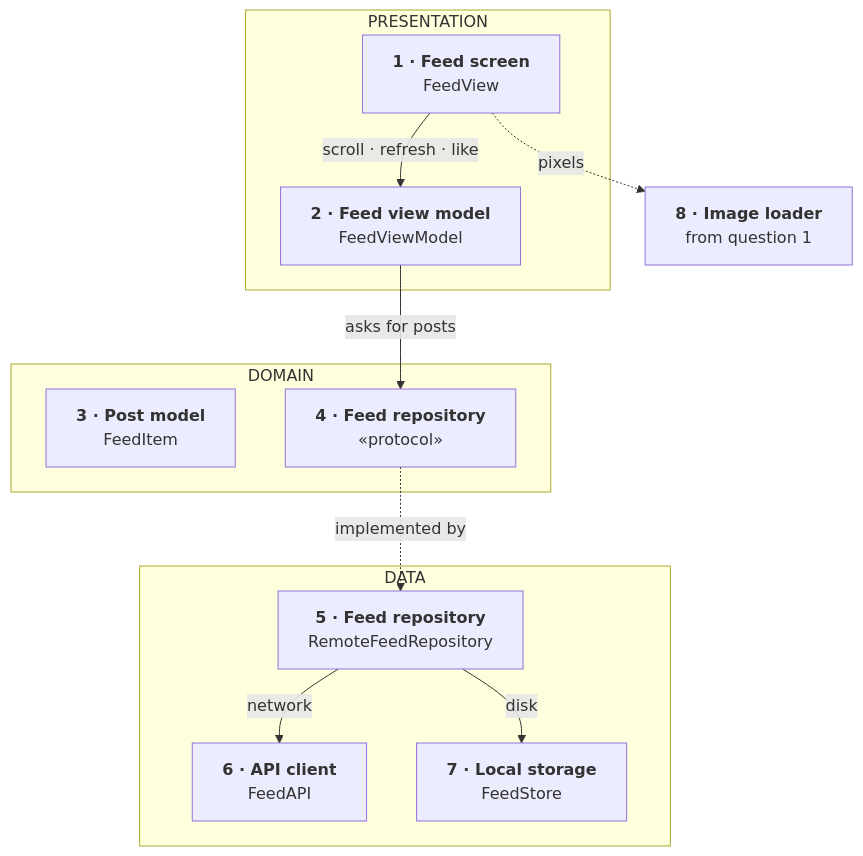
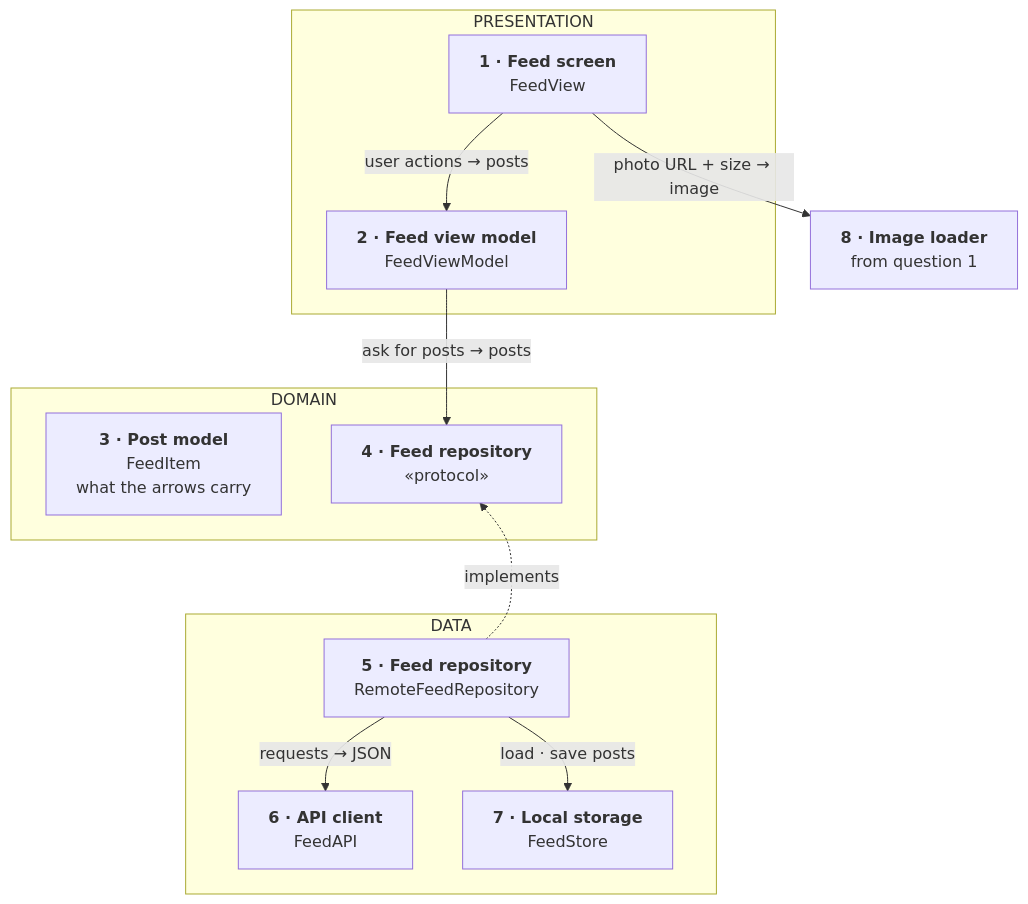
The first of 3 diagrams in topics/system-design/02-infinite-photo-feed.md (rezabina86/reference-desk), drawn with Mermaid before and after one commit. The commit also changed other lines of this file and 4 other files, not shown here.

````diff
--- a/topics/system-design/02-infinite-photo-feed.md
+++ b/topics/system-design/02-infinite-photo-feed.md
@@ -137,26 +137,27 @@
 ```mermaid
 flowchart TB
   subgraph P["PRESENTATION"]
-    View["<b>1 · Feed screen</b><br/>FeedView"] -- "scroll · refresh · like" --> VM["<b>2 · Feed view model</b><br/>FeedViewModel"]
+    View["<b>1 · Feed screen</b><br/>FeedView"] -- "user actions → posts" --> VM["<b>2 · Feed view model</b><br/>FeedViewModel"]
   end
   subgraph D["DOMAIN"]
-    Item["<b>3 · Post model</b><br/>FeedItem"]
+    Item["<b>3 · Post model</b><br/>FeedItem<br/>what the arrows carry"]
     Repo["<b>4 · Feed repository</b><br/>«protocol»"]
   end
   subgraph DA["DATA"]
     Impl["<b>5 · Feed repository</b><br/>RemoteFeedRepository"]
     API["<b>6 · API client</b><br/>FeedAPI"]
     Store["<b>7 · Local storage</b><br/>FeedStore"]
   end
   Pipe["<b>8 · Image loader</b><br/>from question 1"]
-  VM -- "asks for posts" --> Repo
-  Repo -. "implemented by" .-> Impl
-  Impl -- "network" --> API
-  Impl -- "disk" --> Store
-  View -. "pixels" .-> Pipe
+  VM -- "ask for posts → posts" --> Repo
+  Repo ~~~ Impl
+  Impl -. "implements" .-> Repo
+  Impl -- "requests → JSON" --> API
+  Impl -- "load · save posts" --> Store
+  View -- "photo URL + size → image" --> Pipe
   class View,VM pres
   class Item,Repo dom
   class Impl,Store data
   class API net
   class Pipe reuse
 ```
````
